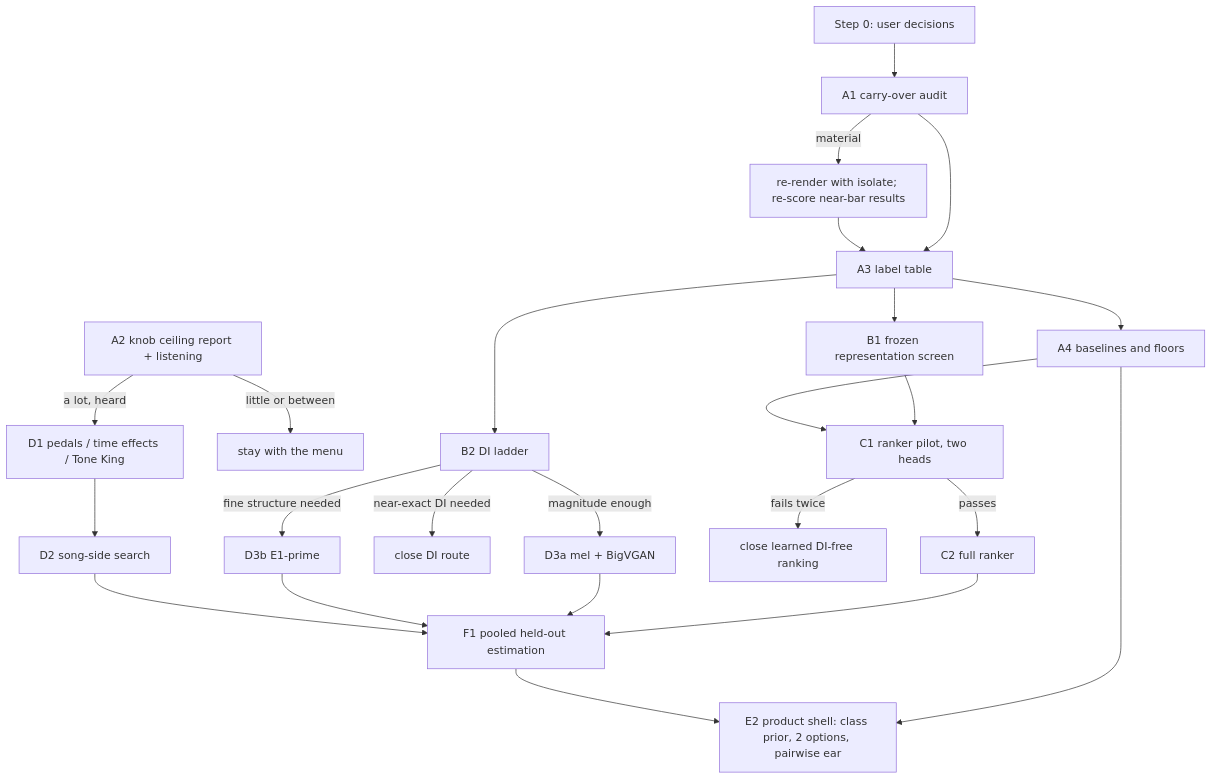
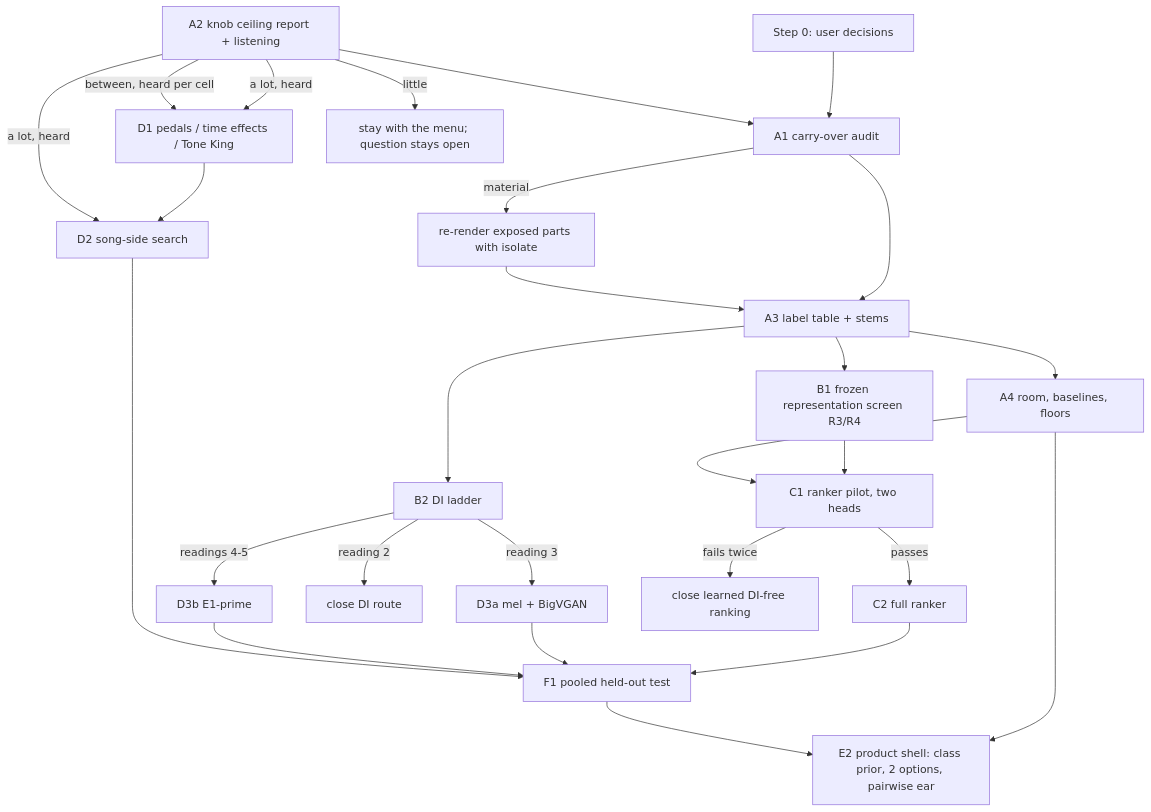
Before and after one commit to YoavBZ/neuraldsp-preset-generator: the diagram in docs/research/ml-plan-2026-10.md, drawn with Mermaid. The commit also changed other lines of this file and 2 other files, not shown here.

````diff
--- a/docs/research/ml-plan-2026-10.md
+++ b/docs/research/ml-plan-2026-10.md
@@ -708,26 +878,29 @@
 ```mermaid
 flowchart TD
-    D0[Step 0: user decisions] --> A1[A1 carry-over audit]
-    A1 -->|material| R[re-render with isolate; re-score near-bar results]
-    A1 --> A3[A3 label table]
+    D0[Step 0: user decisions] --> A1
+    K[A2 knob ceiling report + listening] --> A1[A1 carry-over audit]
+    K -->|a lot, heard| D1[D1 pedals / time effects / Tone King]
+    K -->|between, heard per cell| D1
+    K -->|little| M[stay with the menu; question stays open]
+    A1 -->|material| R[re-render exposed parts with isolate]
+    A1 --> A3[A3 label table + stems]
     R --> A3
-    K[A2 knob ceiling report + listening] -->|a lot, heard| D1[D1 pedals / time effects / Tone King]
-    K -->|little or between| M[stay with the menu]
-    A3 --> A4[A4 baselines and floors]
-    A3 --> B1[B1 frozen representation screen]
+    A3 --> A4[A4 room, baselines, floors]
+    A3 --> B1[B1 frozen representation screen R3/R4]
     A3 --> B2[B2 DI ladder]
-    B2 -->|magnitude enough| D3a[D3a mel + BigVGAN]
-    B2 -->|fine structure needed| D3b[D3b E1-prime]
-    B2 -->|near-exact DI needed| X1[close DI route]
+    B2 -->|reading 3| D3a[D3a mel + BigVGAN]
+    B2 -->|readings 4-5| D3b[D3b E1-prime]
+    B2 -->|reading 2| X1[close DI route]
     B1 --> C1[C1 ranker pilot, two heads]
     A4 --> C1
     C1 -->|passes| C2[C2 full ranker]
     C1 -->|fails twice| X2[close learned DI-free ranking]
     D1 --> D2[D2 song-side search]
-    C2 --> F1[F1 pooled held-out estimation]
+    K -->|a lot, heard| D2
+    C2 --> F1[F1 pooled held-out test]
     D3a --> F1
     D3b --> F1
     D2 --> F1
     A4 --> E2[E2 product shell: class prior, 2 options, pairwise ear]
     F1 --> E2
 ```
````
